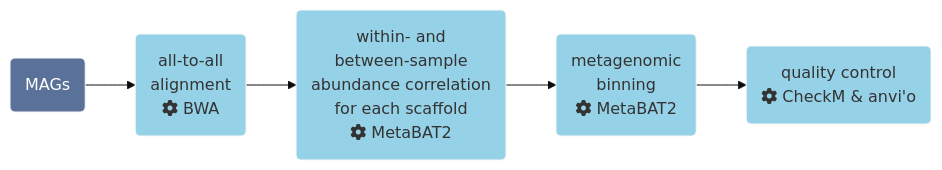
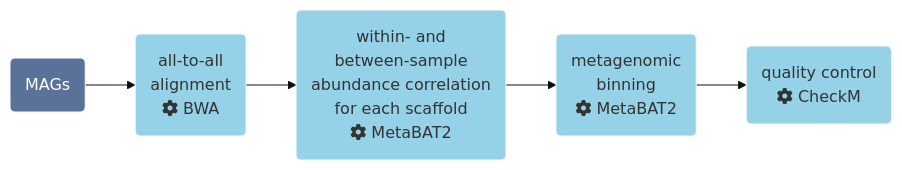
Before and after one commit to MicrobiologyETHZ/Methods_in_Microbiomics: the fourth of 4 diagrams in docs/assembly/metagenomic_workflows.rst, drawn with Mermaid (base theme). The commit also changed other lines of this file and 4 other files, not shown here.

```diff
--- a/docs/assembly/metagenomic_workflows.rst
+++ b/docs/assembly/metagenomic_workflows.rst
@@ -298,10 +303,10 @@
 .. mermaid::
 
    flowchart LR
         id1(MAGs) --> id2(all-to-all <br/>alignment<br/>fa:fa-cog BWA)
         id2 --> id3(within- and<br/>between-sample<br/>abundance correlation<br/>for each scaffold<br/>fa:fa-cog MetaBAT2 )
         id3 --> id4(metagenomic<br/>binning<br/>fa:fa-cog MetaBAT2)
-        id4 --> id5(quality control<br/>fa:fa-cog CheckM & anvi'o)
+        id4 --> id5(quality control<br/>fa:fa-cog CheckM)
         classDef tool fill:#96D2E7,stroke:#F8F7F7,stroke-width:1px;
         style id1 fill:#5A729A,stroke:#F8F7F7,stroke-width:1px,color:#fff
         class id2,id3,id4,id5 tool
```
